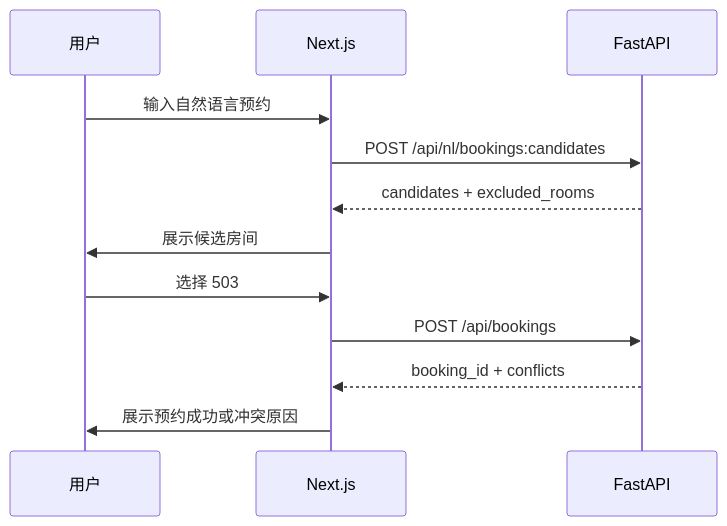
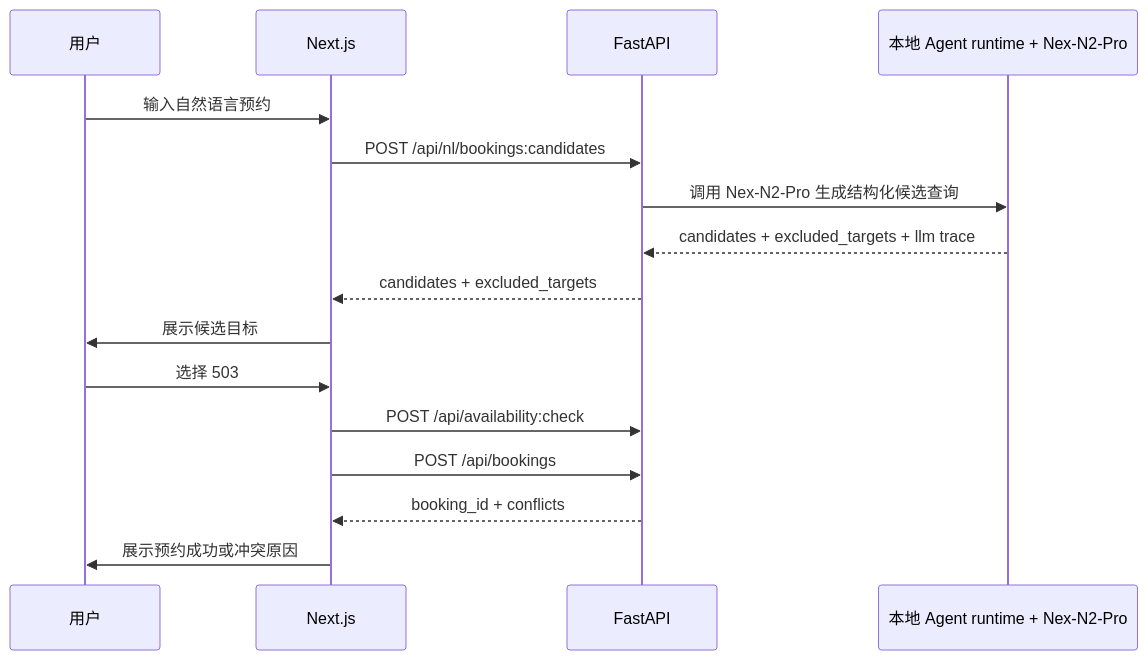
Before and after one commit to WN921/north-hackathon-team-8-meeting: the second of 3 diagrams in docs/rfcs/0003-nextjs-frontend-interaction.md, drawn with Mermaid. The commit also changed other lines of this file and 3 other files, not shown here.

````diff
--- a/docs/rfcs/0003-nextjs-frontend-interaction.md
+++ b/docs/rfcs/0003-nextjs-frontend-interaction.md
@@ -490,15 +553,19 @@
 ```mermaid
 sequenceDiagram
     participant U as 用户
     participant FE as Next.js
     participant API as FastAPI
+    participant NL as 本地 Agent runtime + Nex-N2-Pro
 
     U->>FE: 输入自然语言预约
     FE->>API: POST /api/nl/bookings:candidates
-    API-->>FE: candidates + excluded_rooms
-    FE->>U: 展示候选房间
+    API->>NL: 调用 Nex-N2-Pro 生成结构化候选查询
+    NL-->>API: candidates + excluded_targets + llm trace
+    API-->>FE: candidates + excluded_targets
+    FE->>U: 展示候选目标
     U->>FE: 选择 503
+    FE->>API: POST /api/availability:check
     FE->>API: POST /api/bookings
     API-->>FE: booking_id + conflicts
     FE->>U: 展示预约成功或冲突原因
 ```
````
